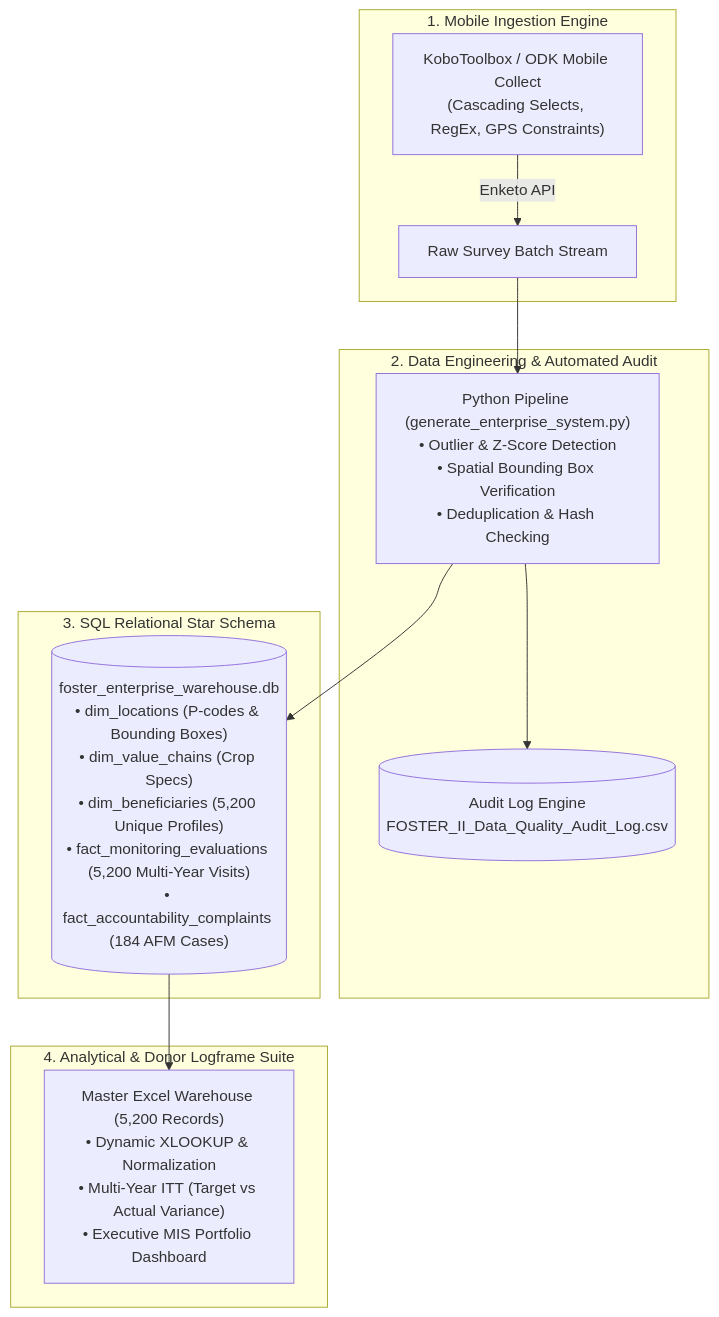
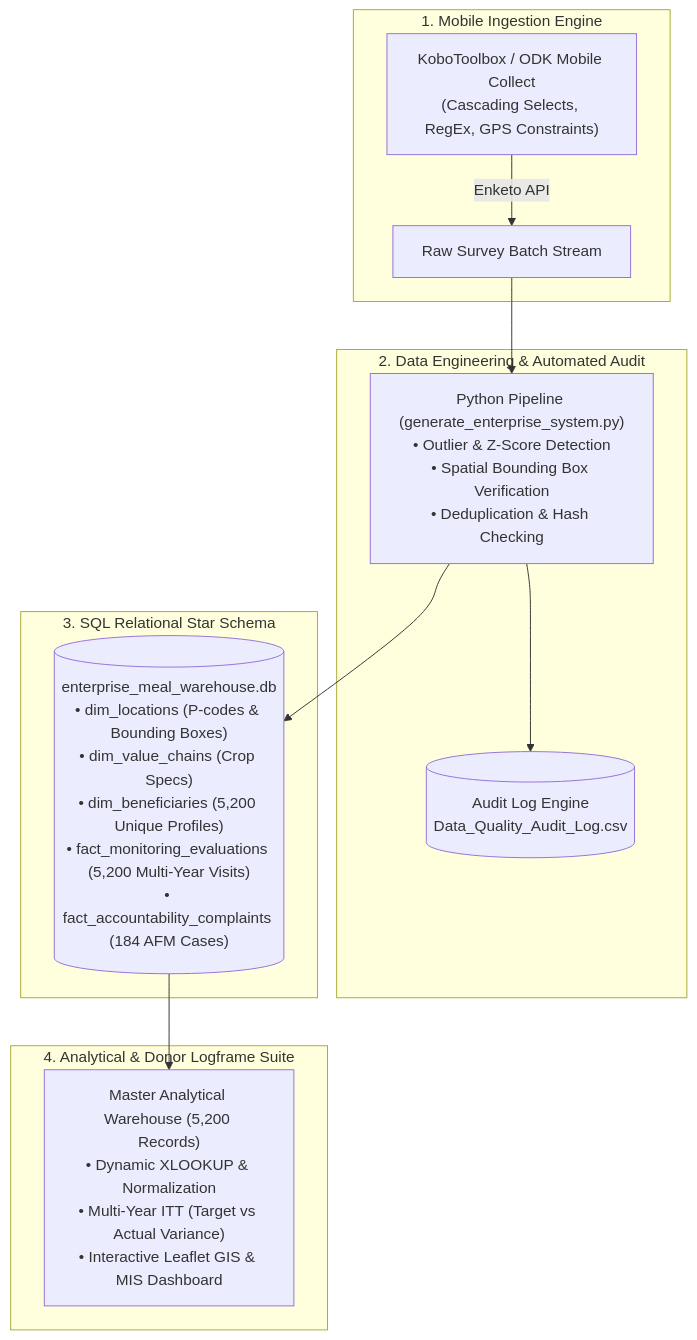
Before and after one commit to Swimming1nDreams/agri-market-systems-meal-platform: the diagram in README.md, drawn with Mermaid. The commit also changed other lines of this file and 3 other files, not shown here.

Commit message:
Standardize branding: Remove specific org references; establish universal Open-Standard Agri-Market Systems MEAL & MIS Platform

````diff
--- a/README.md
+++ b/README.md
@@ -16,19 +16,19 @@
 ```mermaid
 flowchart TD
     subgraph Ingestion["1. Mobile Ingestion Engine"]
         A["KoboToolbox / ODK Mobile Collect<br/>(Cascading Selects, RegEx, GPS Constraints)"] -->|Enketo API| B["Raw Survey Batch Stream"]
     end
 
     subgraph DataEngineering["2. Data Engineering & Automated Audit"]
         B --> C["Python Pipeline (generate_enterprise_system.py)<br/>• Outlier & Z-Score Detection<br/>• Spatial Bounding Box Verification<br/>• Deduplication & Hash Checking"]
-        C --> D[("Audit Log Engine<br/>FOSTER_II_Data_Quality_Audit_Log.csv")]
+        C --> D[("Audit Log Engine<br/>Data_Quality_Audit_Log.csv")]
     end
 
     subgraph RelationalWarehouse["3. SQL Relational Star Schema"]
-        C --> E[("foster_enterprise_warehouse.db<br/>• dim_locations (P-codes & Bounding Boxes)<br/>• dim_value_chains (Crop Specs)<br/>• dim_beneficiaries (5,200 Unique Profiles)<br/>• fact_monitoring_evaluations (5,200 Multi-Year Visits)<br/>• fact_accountability_complaints (184 AFM Cases)")]
+        C --> E[("enterprise_meal_warehouse.db<br/>• dim_locations (P-codes & Bounding Boxes)<br/>• dim_value_chains (Crop Specs)<br/>• dim_beneficiaries (5,200 Unique Profiles)<br/>• fact_monitoring_evaluations (5,200 Multi-Year Visits)<br/>• fact_accountability_complaints (184 AFM Cases)")]
     end
 
     subgraph Reporting["4. Analytical & Donor Logframe Suite"]
-        E --> F["Master Excel Warehouse (5,200 Records)<br/>• Dynamic XLOOKUP & Normalization<br/>• Multi-Year ITT (Target vs Actual Variance)<br/>• Executive MIS Portfolio Dashboard"]
+        E --> F["Master Analytical Warehouse (5,200 Records)<br/>• Dynamic XLOOKUP & Normalization<br/>• Multi-Year ITT (Target vs Actual Variance)<br/>• Interactive Leaflet GIS & MIS Dashboard"]
     end
 ```
````
